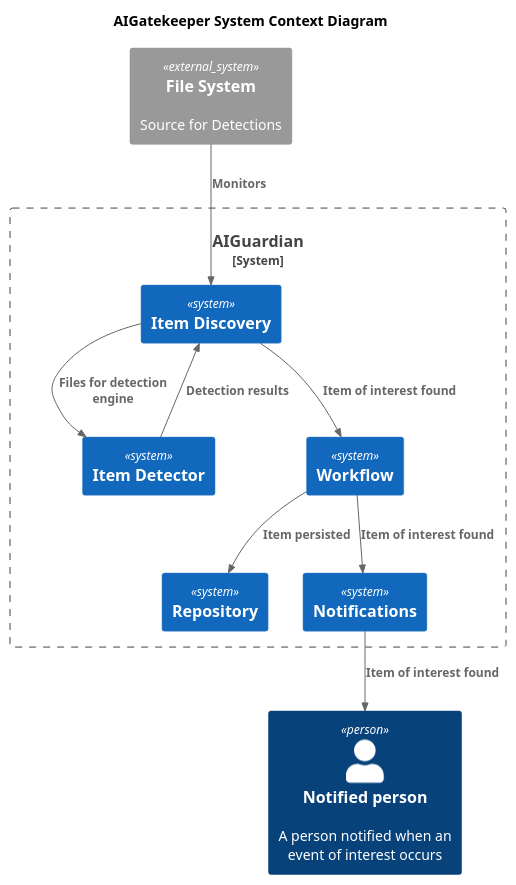
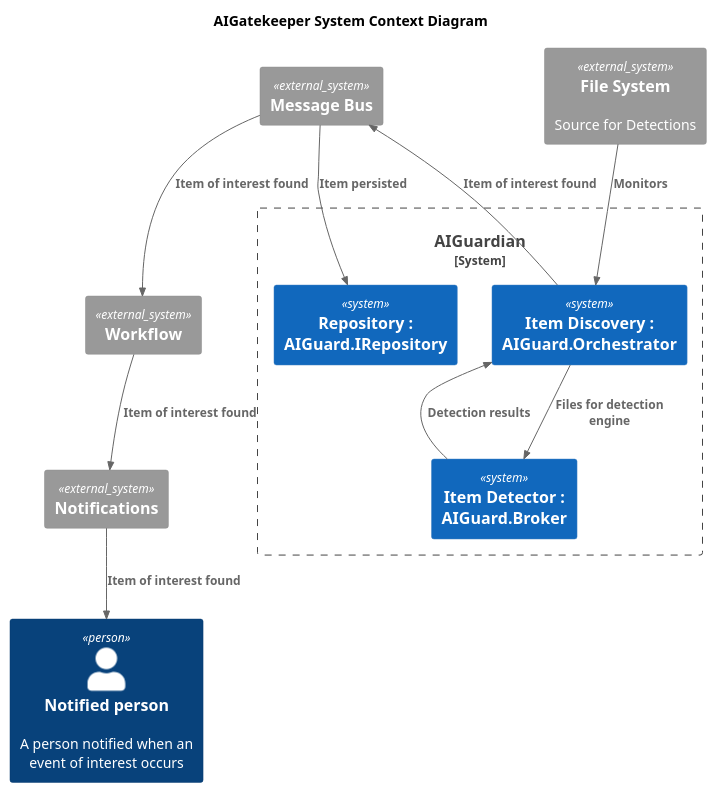
Before and after one commit to johnhinz/AIGatekeeper: the diagram in diagrams/systemcontext.puml, drawn with PlantUML.

Commit message:
Updates to system context

```diff
--- a/diagrams/systemcontext.puml
+++ b/diagrams/systemcontext.puml
@@ -1,27 +1,28 @@
 @startuml test
 !includeurl https://raw.githubusercontent.com/RicardoNiepel/C4-PlantUML/master/C4_Context.puml
 
 title AIGatekeeper System Context Diagram
 
 Person(recipient, "Notified person", "A person notified when an event of interest occurs")
 System_Ext(sys, "File System", "Source for Detections")
 System_Boundary(bound, "AIGuardian") {
-
-    System(discovery, "Item Discovery")
-    System(detector, "Item Detector")
-    System(workflow, "Workflow")
-    System(repo, "Repository")
-    System(notification, "Notifications")
+    System(discovery, "Item Discovery : AIGuard.Orchestrator")
+    System(detector, "Item Detector : AIGuard.Broker")
+    System(repo, "Repository : AIGuard.IRepository")
 }
+System_Ext(bus, "Message Bus")
+System_Ext(notification, "Notifications")
+System_Ext(workflow, "Workflow")
 
 Rel(sys, discovery, "Monitors")
 Rel(discovery, detector, "Files for detection engine")
 Rel_Back(discovery, detector, "Detection results")
-Rel(discovery, workflow, "Item of interest found")
-Rel(workflow, repo, "Item persisted")
+Rel(discovery, bus, "Item of interest found")
+Rel(bus, workflow, "Item of interest found")
+Rel(bus, repo, "Item persisted")
 Rel(workflow, notification, "Item of interest found")
 Rel(notification, recipient, "Item of interest found")
 
 
 
 @enduml
```
